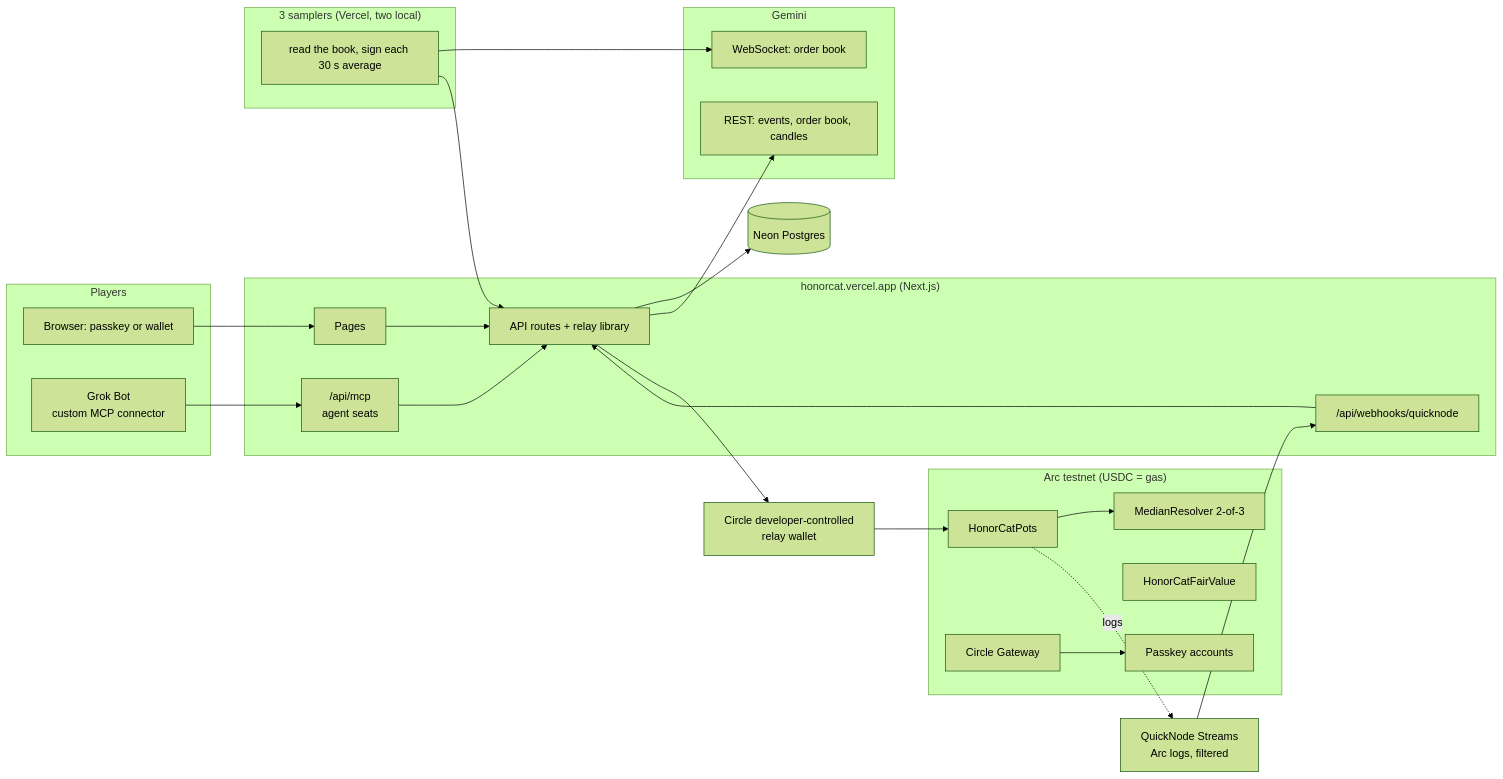
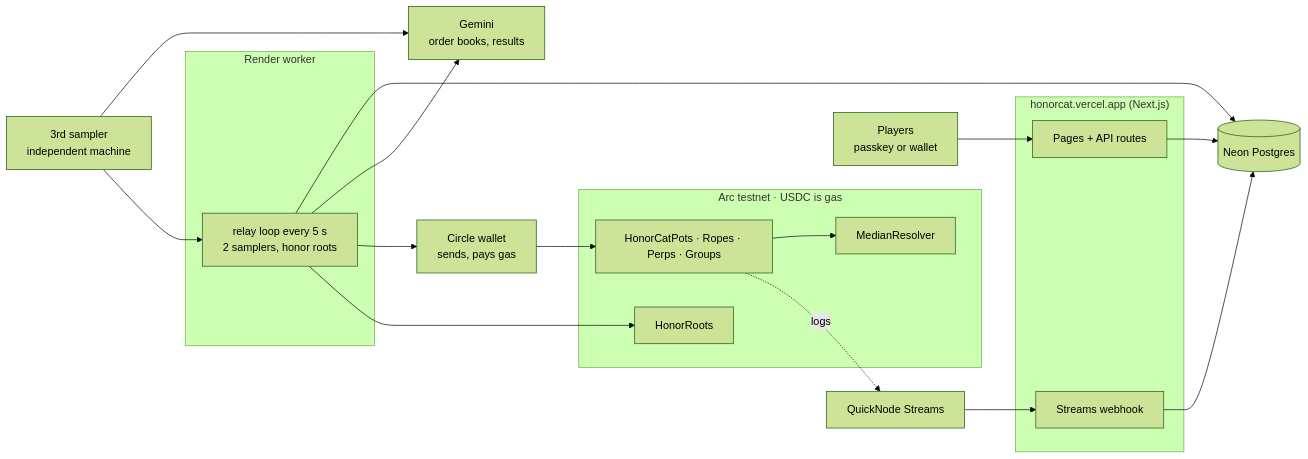
One commit to raglibol-re/honorcat changed the diagram in README.md. Above: the diagram before and after it, drawn with Mermaid (forest theme). The commit also changed other lines of this file and 5 other files, not shown here.

````diff
--- a/README.md
+++ b/README.md
@@ -49,41 +105,30 @@
 ```mermaid
 flowchart LR
-  subgraph Players
-    P[Browser: passkey or wallet]
-    GB[Grok Bot<br/>custom MCP connector]
+  P[Players<br/>passkey or wallet] --> UI
+  subgraph Vercel["honorcat.vercel.app (Next.js)"]
+    UI[Pages + API routes]
+    WH[Streams webhook]
   end
-  subgraph Gemini
-    GR[REST: events, order book, candles]
-    GW[WebSocket: order book]
+  subgraph Render["Render worker"]
+    W[relay loop every 5 s<br/>2 samplers, honor roots]
   end
-  subgraph Vercel["honorcat.vercel.app (Next.js)"]
-    UI[Pages]
-    API[API routes + relay library]
-    MCP["/api/mcp<br/>agent seats"]
-    WH["/api/webhooks/quicknode"]
+  L[3rd sampler<br/>independent machine]
+  G[Gemini<br/>order books, results]
+  DB[(Neon Postgres)]
+  CW[Circle wallet<br/>sends, pays gas]
+  QN[QuickNode Streams]
+  subgraph Arc["Arc testnet · USDC is gas"]
+    C[HonorCatPots · Ropes · Perps · Groups]
+    MR[MedianResolver]
+    HR[HonorRoots]
   end
-  S[(Neon Postgres)]
-  subgraph Samplers["3 samplers (Vercel, two local)"]
-    SM[read the book, sign each 30 s average]
-  end
-  QN[QuickNode Streams<br/>Arc logs, filtered]
-  CW[Circle developer-controlled<br/>relay wallet]
-  subgraph Arc["Arc testnet (USDC = gas)"]
-    POTS[HonorCatPots]
-    MED[MedianResolver 2-of-3]
-    FV[HonorCatFairValue]
-    PK[Passkey accounts]
-    GWM[Circle Gateway]
-  end
-  P --> UI --> API
-  GB --> MCP --> API
-  API --> S
-  API --> GR
-  SM --> GW
-  SM --> API
-  API --> CW --> POTS
-  POTS --> MED
-  QN --> WH --> API
-  POTS -. logs .-> QN
-  GWM --> PK
+  UI --> DB
+  W --> DB
+  W --> G
+  L --> G
+  L --> W
+  W --> CW --> C
+  C --> MR
+  W --> HR
+  C -. logs .-> QN --> WH --> DB
 ```
````
